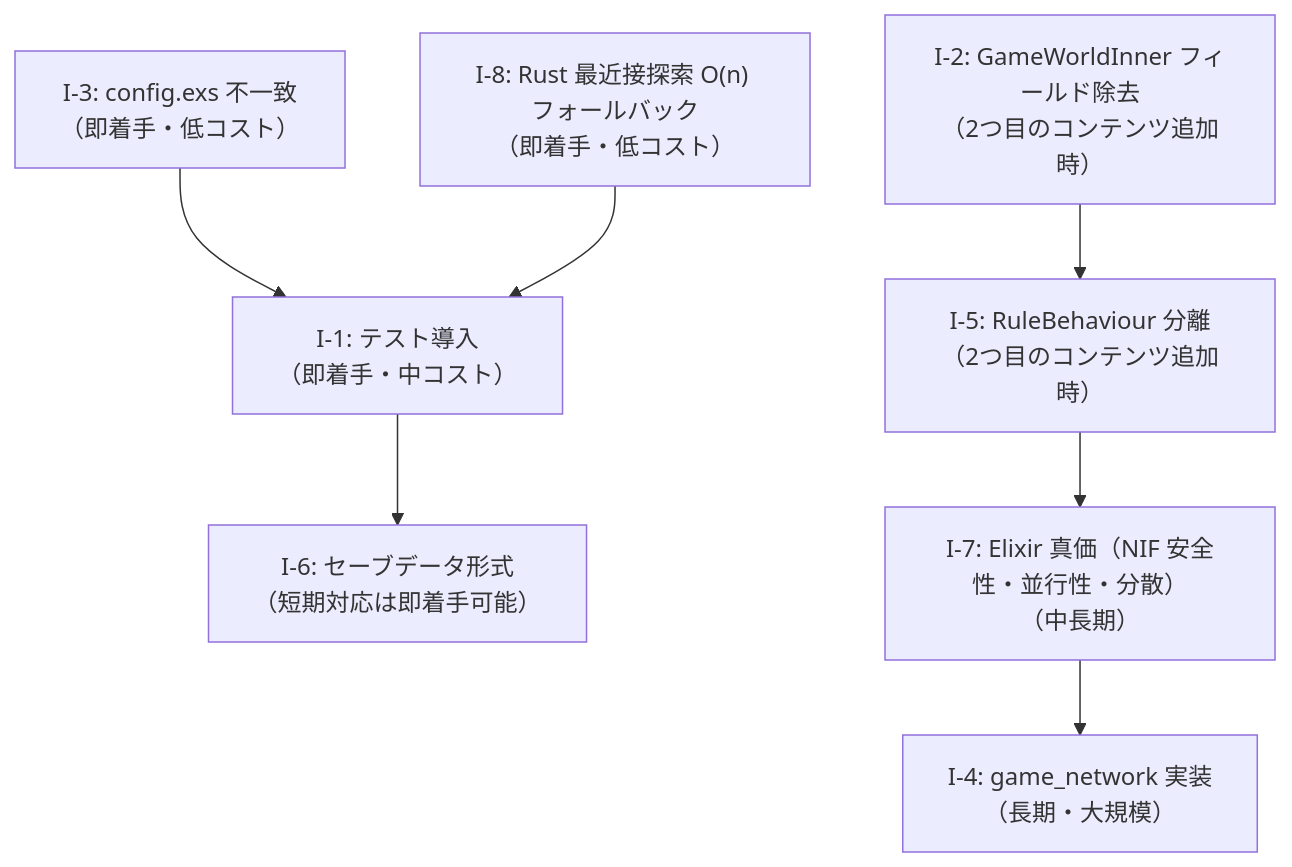
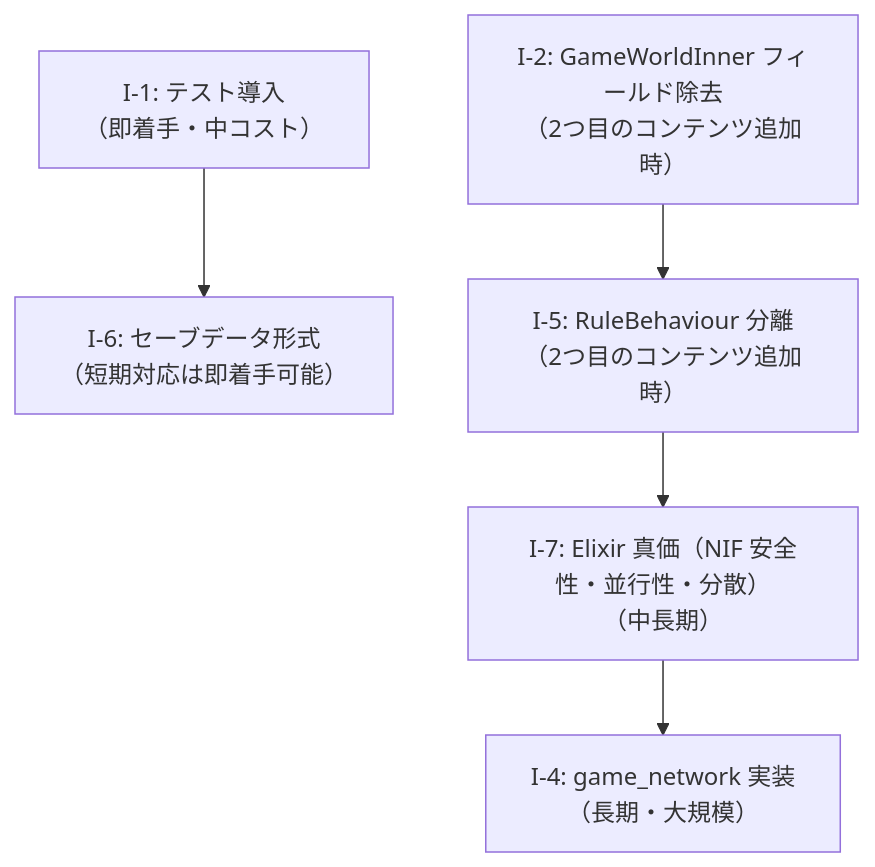
One commit to FRICK-ELDY/alchemy-engine changed the diagram in docs/improvement-plan.md. Above: the diagram before and after it, drawn with Mermaid. The commit also changed other lines of this file and 4 other files, not shown here.

````diff
--- a/docs/improvement-plan.md
+++ b/docs/improvement-plan.md
@@ -543,18 +431,14 @@
 ```mermaid
 graph TD
-    I3["I-3: config.exs 不一致\n（即着手・低コスト）"]
     I1["I-1: テスト導入\n（即着手・中コスト）"]
     I6["I-6: セーブデータ形式\n（短期対応は即着手可能）"]
-    I8["I-8: Rust 最近接探索 O(n) フォールバック\n（即着手・低コスト）"]
     I2["I-2: GameWorldInner フィールド除去\n（2つ目のコンテンツ追加時）"]
     I5["I-5: RuleBehaviour 分離\n（2つ目のコンテンツ追加時）"]
     I7["I-7: Elixir 真価（NIF 安全性・並行性・分散）\n（中長期）"]
     I4["I-4: game_network 実装\n（長期・大規模）"]
 
-    I3 --> I1
     I1 --> I6
-    I8 --> I1
     I2 --> I5
     I5 --> I7
     I7 --> I4
 ```
````
